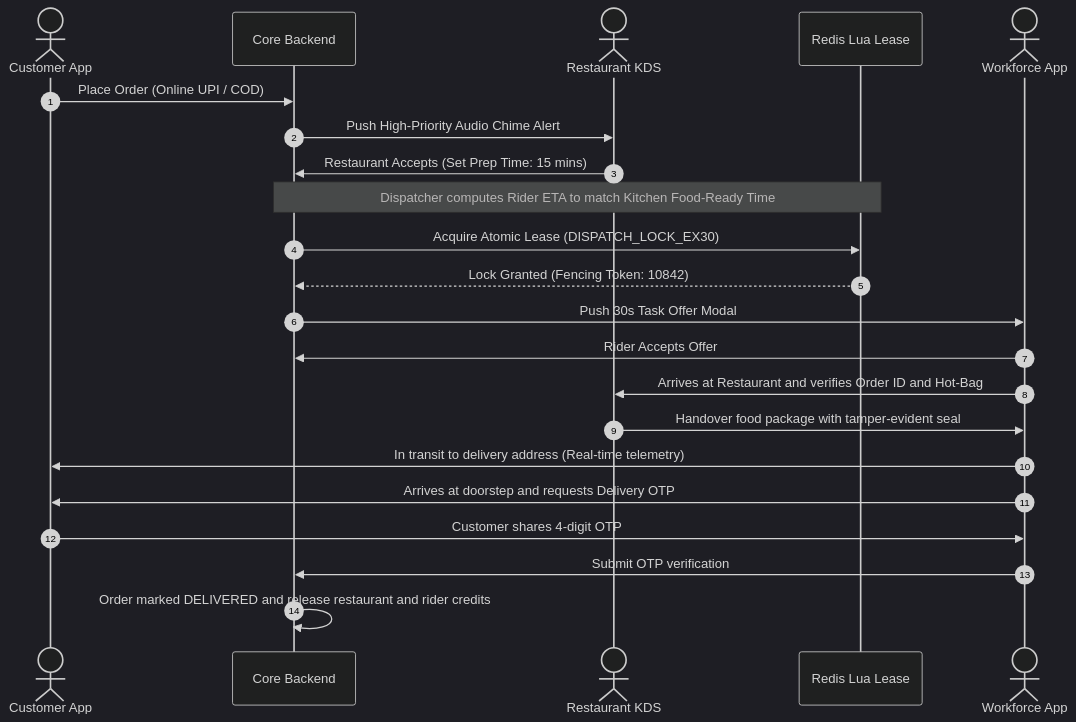
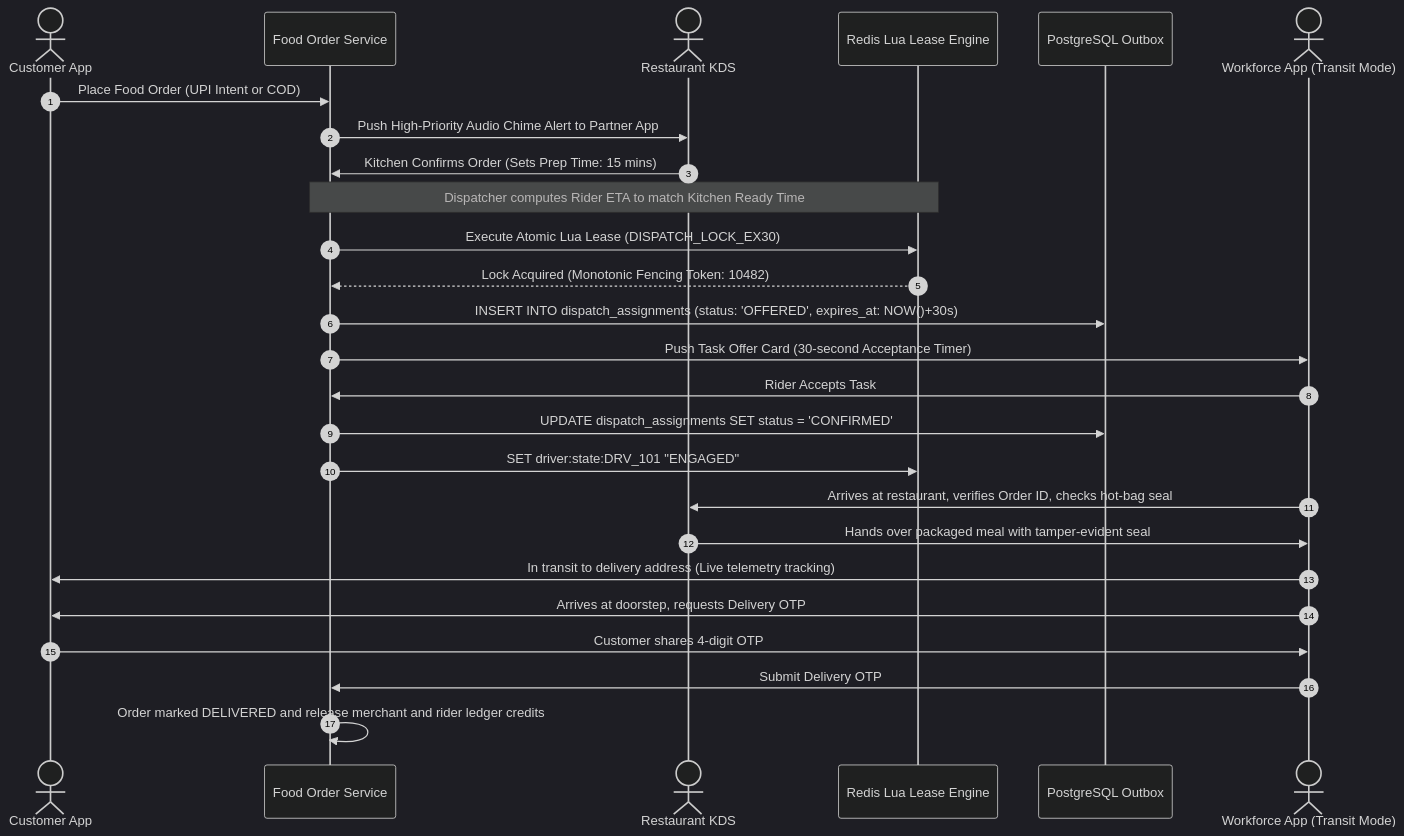
The seventh of 17 diagrams in docs/06_visual_hierarchy_and_flows/high_level_visual_hierarchy.md (programmerfiroz/all-in-one), drawn with Mermaid (dark theme) before and after one commit. The commit also changed other lines of this file, not shown here.

Commit message:
docs: finalize exhaustive visual hierarchy blueprint (VHB-IND-V1.1) with 17 verified mermaid diagrams

````diff
--- a/docs/06_visual_hierarchy_and_flows/high_level_visual_hierarchy.md
+++ b/docs/06_visual_hierarchy_and_flows/high_level_visual_hierarchy.md
@@ -168,28 +246,33 @@
 ```mermaid
 sequenceDiagram
     autonumber
     actor Cust as Customer App
-    participant Back as Core Backend
+    participant Core as Food Order Service
     actor Rest as Restaurant KDS
-    participant Redis as Redis Lua Lease
-    actor Rider as Workforce App
+    participant Redis as Redis Lua Lease Engine
+    participant DB as PostgreSQL Outbox
+    actor Rider as Workforce App (Transit Mode)
 
-    Cust->>Back: Place Order (Online UPI / COD)
-    Back->>Rest: Push High-Priority Audio Chime Alert
-    Rest->>Back: Restaurant Accepts (Set Prep Time: 15 mins)
+    Cust->>Core: Place Food Order (UPI Intent or COD)
+    Core->>Rest: Push High-Priority Audio Chime Alert to Partner App
+    Rest->>Core: Kitchen Confirms Order (Sets Prep Time: 15 mins)
     
-    Note over Back,Redis: Dispatcher computes Rider ETA to match Kitchen Food-Ready Time
-    Back->>Redis: Acquire Atomic Lease (DISPATCH_LOCK_EX30)
-    Redis-->>Back: Lock Granted (Fencing Token: 10842)
-    Back->>Rider: Push 30s Task Offer Modal
-    Rider->>Back: Rider Accepts Offer
+    Note over Core,Redis: Dispatcher computes Rider ETA to match Kitchen Ready Time
+    Core->>Redis: Execute Atomic Lua Lease (DISPATCH_LOCK_EX30)
+    Redis-->>Core: Lock Acquired (Monotonic Fencing Token: 10482)
+    Core->>DB: INSERT INTO dispatch_assignments (status: 'OFFERED', expires_at: NOW()+30s)
     
-    Rider->>Rest: Arrives at Restaurant and verifies Order ID and Hot-Bag
-    Rest->>Rider: Handover food package with tamper-evident seal
-    Rider->>Cust: In transit to delivery address (Real-time telemetry)
+    Core->>Rider: Push Task Offer Card (30-second Acceptance Timer)
+    Rider->>Core: Rider Accepts Task
+    Core->>DB: UPDATE dispatch_assignments SET status = 'CONFIRMED'
+    Core->>Redis: SET driver:state:DRV_101 "ENGAGED"
     
-    Rider->>Cust: Arrives at doorstep and requests Delivery OTP
+    Rider->>Rest: Arrives at restaurant, verifies Order ID, checks hot-bag seal
+    Rest->>Rider: Hands over packaged meal with tamper-evident seal
+    Rider->>Cust: In transit to delivery address (Live telemetry tracking)
+    
+    Rider->>Cust: Arrives at doorstep, requests Delivery OTP
     Cust->>Rider: Customer shares 4-digit OTP
-    Rider->>Back: Submit OTP verification
-    Back->>Back: Order marked DELIVERED and release restaurant and rider credits
+    Rider->>Core: Submit Delivery OTP
+    Core->>Core: Order marked DELIVERED and release merchant and rider ledger credits
 ```
````
